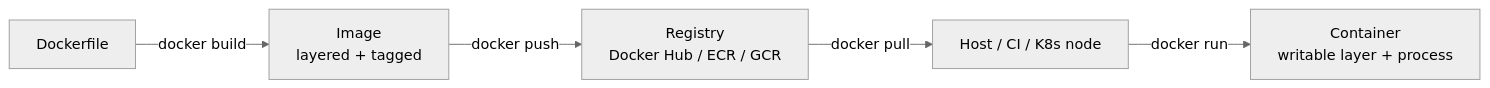
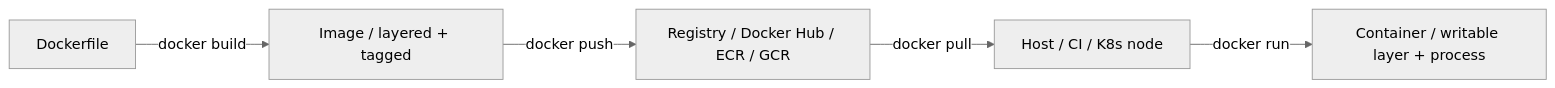
One commit to hareramcse/SystemDesign changed diagram 15 of 47 in 11-cloud-and-kubernetes/README.md. Above: the diagram before and after it, drawn with Mermaid (neutral theme). The commit also changed other lines of this file and 14 other files, not shown here.

````diff
--- a/11-cloud-and-kubernetes/README.md
+++ b/11-cloud-and-kubernetes/README.md
@@ -797,7 +797,7 @@
 ```mermaid
 flowchart LR
-    DF[Dockerfile] -->|docker build| Image[Image<br/>layered + tagged]
-    Image -->|docker push| Reg[Registry<br/>Docker Hub / ECR / GCR]
+    DF[Dockerfile] -->|docker build| Image[Image / layered + tagged]
+    Image -->|docker push| Reg[Registry / Docker Hub / ECR / GCR]
     Reg -->|docker pull| Node[Host / CI / K8s node]
-    Node -->|docker run| C[Container<br/>writable layer + process]
+    Node -->|docker run| C[Container / writable layer + process]
 ```
````
